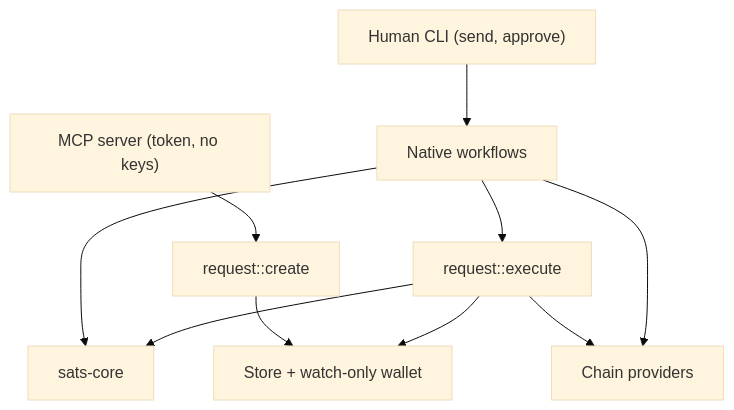
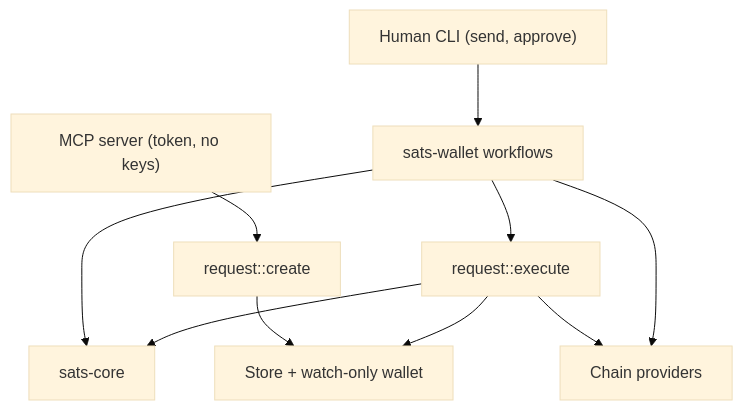
One commit to idemresearch/sats changed the first of 4 diagrams in docs/architecture.md. Above: the diagram before and after it, drawn with Mermaid (base theme). The commit also changed other lines of this file and 46 other files, not shown here.

First line of the commit message:
Move storage, providers, and the request workflow into sats-wallet

````diff
--- a/docs/architecture.md
+++ b/docs/architecture.md
@@ -8,12 +9,12 @@
 ```mermaid
 flowchart TD
-    CLI["Human CLI (send, approve)"] --> Native["Native workflows"]
+    CLI["Human CLI (send, approve)"] --> Native["sats-wallet workflows"]
     MCP["MCP server (token, no keys)"] --> Requests["request::create"]
     Requests --> State["Store + watch-only wallet"]
     Native --> Exec["request::execute"]
     Native --> Core["sats-core"]
     Exec --> Core
     Exec --> State
     Exec --> Providers["Chain providers"]
     Native --> Providers
 ```
````
